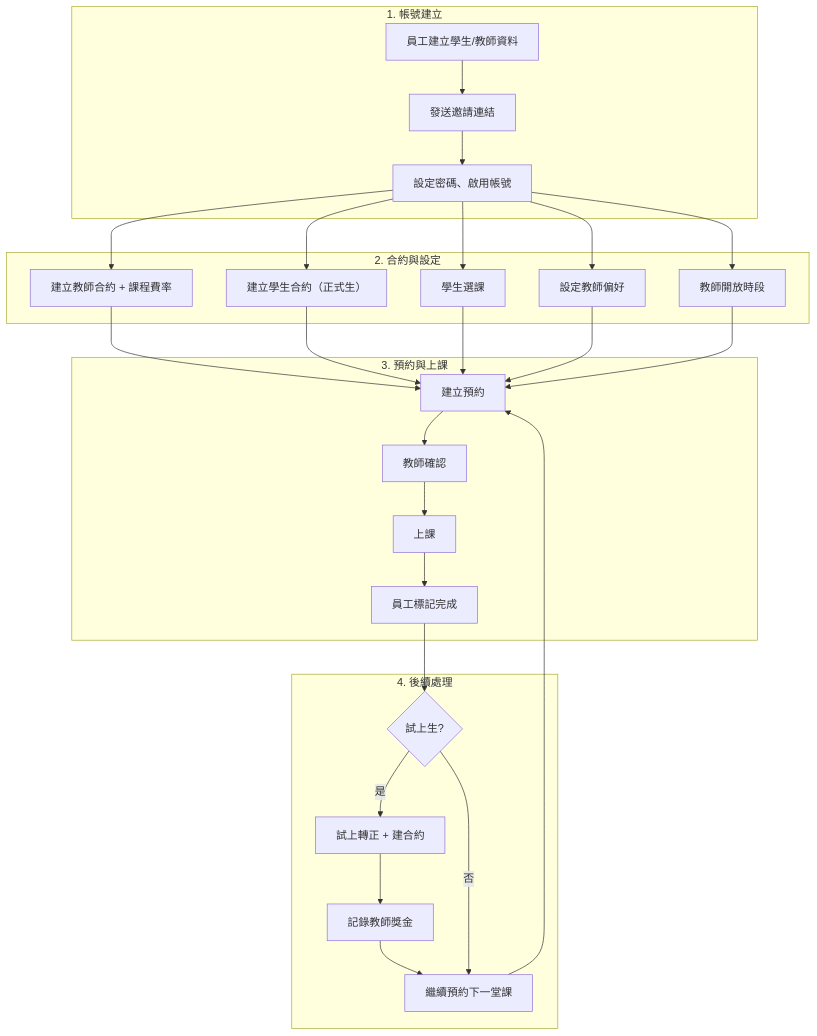
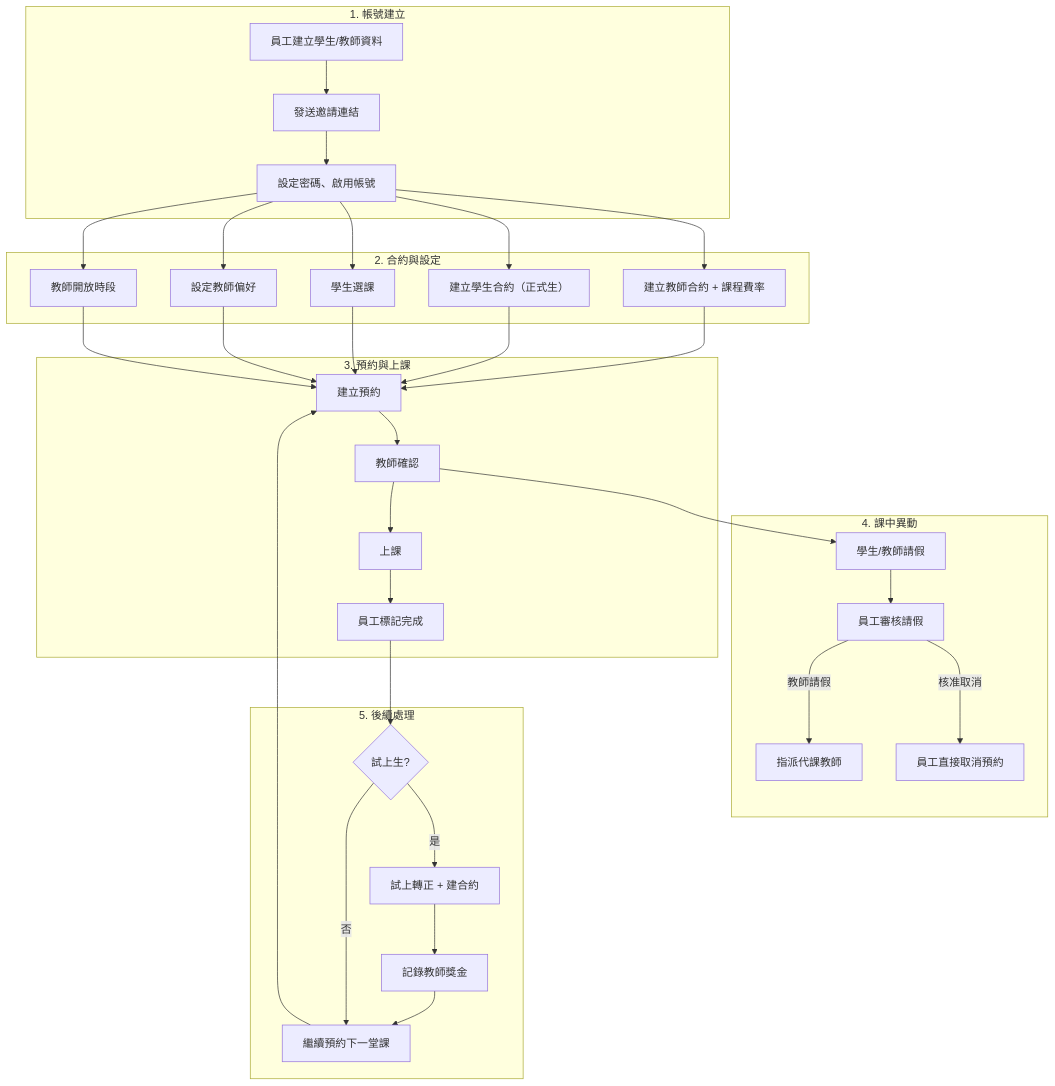
Before and after one commit to d56845684/EOP: diagram 14 of 14 in docs/booking-flow.md, drawn with Mermaid. The commit also changed other lines of this file and 15 other files, not shown here.

````diff
--- a/docs/booking-flow.md
+++ b/docs/booking-flow.md
@@ -215,39 +357,50 @@
 ```mermaid
 flowchart TD
     subgraph 1. 帳號建立
         A1[員工建立學生/教師資料]
         A2[發送邀請連結]
         A3[設定密碼、啟用帳號]
     end
 
     subgraph 2. 合約與設定
         B1[建立教師合約 + 課程費率]
         B2[建立學生合約（正式生）]
         B3[學生選課]
         B4[設定教師偏好]
         B5[教師開放時段]
     end
 
     subgraph 3. 預約與上課
         C1[建立預約]
         C2[教師確認]
         C3[上課]
         C4[員工標記完成]
     end
 
-    subgraph 4. 後續處理
+    subgraph 4. 課中異動
+        E1[學生/教師請假]
+        E2[員工審核請假]
+        E3[指派代課教師]
+        E4[員工直接取消預約]
+    end
+
+    subgraph 5. 後續處理
         D1{試上生?}
         D2[試上轉正 + 建合約]
         D3[記錄教師獎金]
         D4[繼續預約下一堂課]
     end
 
     A1 --> A2 --> A3
     A3 --> B1 & B2 & B3 & B4 & B5
     B1 & B2 & B3 & B4 & B5 --> C1
     C1 --> C2 --> C3 --> C4
+    C2 --> E1
+    E1 --> E2
+    E2 -->|教師請假| E3
+    E2 -->|核准取消| E4
     C4 --> D1
     D1 -->|是| D2 --> D3 --> D4
     D1 -->|否| D4
     D4 --> C1
 ```
````
